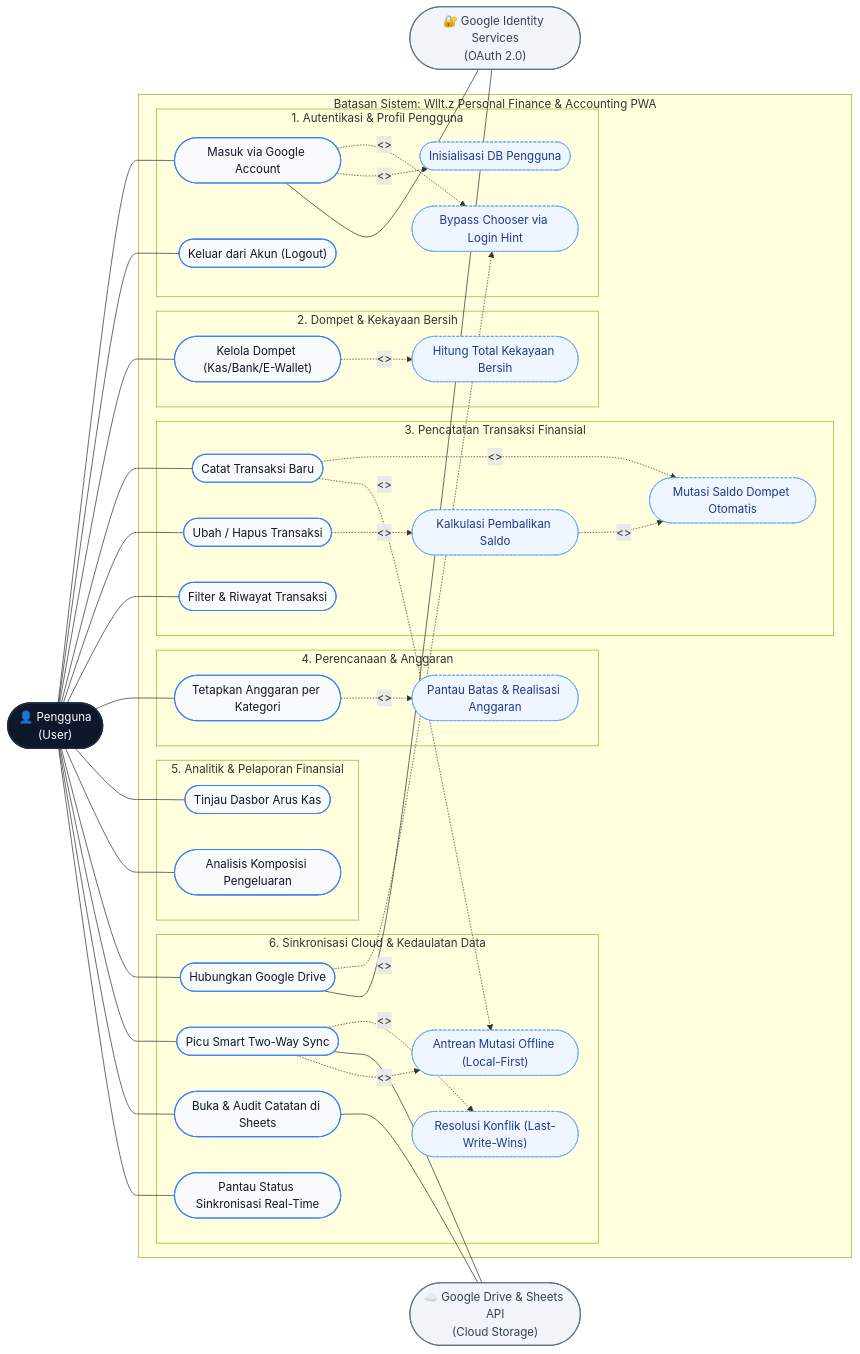
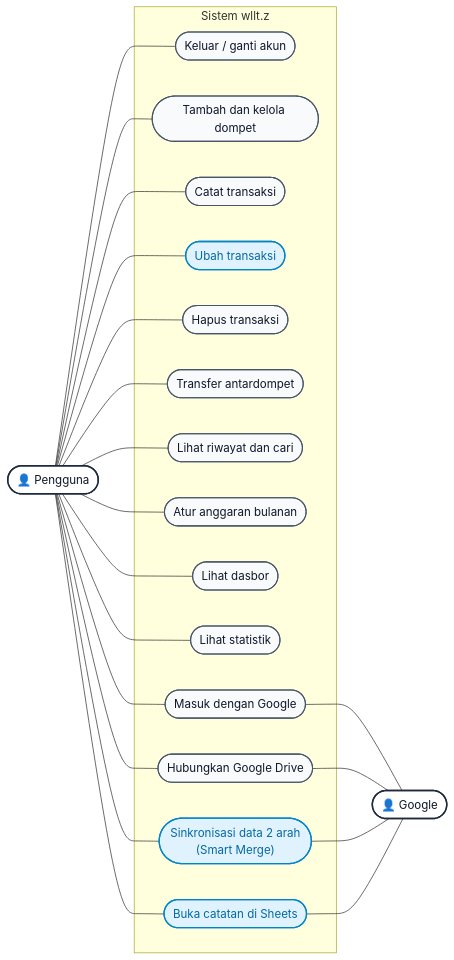
The first of 2 diagrams in docs/technical/use_case_diagram_wlltz.md (Badranihakim/Wllt.z), drawn with Mermaid before and after one commit. The commit also changed other lines of this file and 2 other files, not shown here.

Commit message:
[REVISI] Menyederhanakan Use Case Diagram wllt.z tanpa include agar rapi dan fokus ke fitur pengguna

````diff
--- a/docs/technical/use_case_diagram_wlltz.md
+++ b/docs/technical/use_case_diagram_wlltz.md
@@ -40,101 +42,52 @@
 ```mermaid
 flowchart LR
     %% Definisi Gaya Node
-    classDef actorStyle fill:#0F172A,stroke:#1E293B,color:#FFFFFF,stroke-width:2px;
-    classDef ucStyle fill:#F8FAFC,stroke:#3B82F6,color:#0F172A,stroke-width:1.5px;
-    classDef subUcStyle fill:#EFF6FF,stroke:#60A5FA,color:#1E3A8A,stroke-width:1px,stroke-dasharray: 4 2;
-    classDef extStyle fill:#F1F5F9,stroke:#64748B,color:#334155,stroke-width:1.5px;
+    classDef actorStyle fill:#FFFFFF,stroke:#1E293B,stroke-width:2px,color:#0F172A;
+    classDef ucStyle fill:#F8FAFC,stroke:#475569,stroke-width:1.5px,color:#0F172A;
+    classDef newUcStyle fill:#E0F2FE,stroke:#0284C7,stroke-width:1.8px,color:#0369A1;
 
     %% Aktor Utama & Eksternal
-    User(["👤 Pengguna<br/>(User)"]):::actorStyle
-    GIS(["🔐 Google Identity Services<br/>(OAuth 2.0)"]):::extStyle
-    GDrive(["☁️ Google Drive & Sheets API<br/>(Cloud Storage)"]):::extStyle
+    User(["👤 Pengguna"]):::actorStyle
+    Google(["👤 Google"]):::actorStyle
 
     %% Batasan Sistem Wllt.z
-    subgraph SystemBoundary [" Batasan Sistem: Wllt.z Personal Finance & Accounting PWA "]
-        
-        %% Paket 1: Autentikasi & Akun
-        subgraph P1 [" 1. Autentikasi & Profil Pengguna "]
-            UC_Auth(["Masuk via Google Account"]):::ucStyle
-            UC_AutoHint(["Bypass Chooser via Login Hint"]):::subUcStyle
-            UC_BootstrapDB(["Inisialisasi DB Pengguna"]):::subUcStyle
-            UC_Logout(["Keluar dari Akun (Logout)"]):::ucStyle
-        end
+    subgraph SystemBoundary [" Sistem wllt.z "]
+        UC_Logout(["Keluar / ganti akun"]):::ucStyle
+        UC_Wallet(["Tambah dan kelola dompet"]):::ucStyle
+        UC_CreateTx(["Catat transaksi"]):::ucStyle
+        UC_EditTx(["Ubah transaksi"]):::newUcStyle
+        UC_DeleteTx(["Hapus transaksi"]):::ucStyle
+        UC_Transfer(["Transfer antardompet"]):::ucStyle
+        UC_History(["Lihat riwayat dan cari"]):::ucStyle
+        UC_Budget(["Atur anggaran bulanan"]):::ucStyle
+        UC_Dashboard(["Lihat dasbor"]):::ucStyle
+        UC_Stats(["Lihat statistik"]):::ucStyle
 
-        %% Paket 2: Pengelolaan Dompet & Saldo
-        subgraph P2 [" 2. Dompet & Kekayaan Bersih "]
-            UC_ManageWallets(["Kelola Dompet (Kas/Bank/E-Wallet)"]):::ucStyle
-            UC_CalcNetWorth(["Hitung Total Kekayaan Bersih"]):::subUcStyle
-        end
-
-        %% Paket 3: Pencatatan & Transaksi
-        subgraph P3 [" 3. Pencatatan Transaksi Finansial "]
-            UC_CreateTx(["Catat Transaksi Baru"]):::ucStyle
-            UC_EditDeleteTx(["Ubah / Hapus Transaksi"]):::ucStyle
-            UC_BalanceReversal(["Kalkulasi Pembalikan Saldo"]):::subUcStyle
-            UC_UpdateBalance(["Mutasi Saldo Dompet Otomatis"]):::subUcStyle
-            UC_FilterTx(["Filter & Riwayat Transaksi"]):::ucStyle
-        end
-
-        %% Paket 4: Anggaran Belanja
-        subgraph P4 [" 4. Perencanaan & Anggaran "]
-            UC_SetBudget(["Tetapkan Anggaran per Kategori"]):::ucStyle
-            UC_MonitorBudget(["Pantau Batas & Realisasi Anggaran"]):::subUcStyle
-        end
-
-        %% Paket 5: Analitik & Laporan
-        subgraph P5 [" 5. Analitik & Pelaporan Finansial "]
-            UC_ViewCashflow(["Tinjau Dasbor Arus Kas"]):::ucStyle
-            UC_ExpenseAnalytics(["Analisis Komposisi Pengeluaran"]):::ucStyle
-        end
-
-        %% Paket 6: Sinkronisasi Cloud & Audit
-        subgraph P6 [" 6. Sinkronisasi Cloud & Kedaulatan Data "]
-            UC_ConnectDrive(["Hubungkan Google Drive"]):::ucStyle
-            UC_SmartSync(["Picu Smart Two-Way Sync"]):::ucStyle
-            UC_ConflictResolve(["Resolusi Konflik (Last-Write-Wins)"]):::subUcStyle
-            UC_AuditSheet(["Buka & Audit Catatan di Sheets"]):::ucStyle
-            UC_MonitorSyncBadge(["Pantau Status Sinkronisasi Real-Time"]):::ucStyle
-            UC_OfflineQueue(["Antrean Mutasi Offline (Local-First)"]):::subUcStyle
-        end
-
+        UC_LoginGoogle(["Masuk dengan Google"]):::ucStyle
+        UC_ConnectDrive(["Hubungkan Google Drive"]):::ucStyle
+        UC_TwoWaySync(["Sinkronisasi data 2 arah<br/>(Smart Merge)"]):::newUcStyle
+        UC_OpenSheets(["Buka catatan di Sheets"]):::newUcStyle
     end
 
-    %% Relasi Aktor Pengguna ke Use Case Primer
-    User --- UC_Auth
+    %% Relasi Pengguna ke Seluruh Use Case
     User --- UC_Logout
-    User --- UC_ManageWallets
+    User --- UC_Wallet
     User --- UC_CreateTx
-    User --- UC_EditDeleteTx
-    User --- UC_FilterTx
-    User --- UC_SetBudget
-    User --- UC_ViewCashflow
-    User --- UC_ExpenseAnalytics
+    User --- UC_EditTx
+    User --- UC_DeleteTx
+    User --- UC_Transfer
+    User --- UC_History
+    User --- UC_Budget
+    User --- UC_Dashboard
+    User --- UC_Stats
+    User --- UC_LoginGoogle
     User --- UC_ConnectDrive
-    User --- UC_SmartSync
-    User --- UC_AuditSheet
-    User --- UC_MonitorSyncBadge
+    User --- UC_TwoWaySync
+    User --- UC_OpenSheets
 
-    %% Relasi Include & Extend (Paket 1: Auth)
-    UC_Auth -.->|"<<include>>"| UC_AutoHint
-    UC_Auth -.->|"<<include>>"| UC_BootstrapDB
-    UC_Auth --- GIS
-
-    %% Relasi Include & Extend (Paket 2 & 3: Transaksi & Dompet)
-    UC_ManageWallets -.->|"<<include>>"| UC_CalcNetWorth
-    UC_CreateTx -.->|"<<include>>"| UC_UpdateBalance
-    UC_EditDeleteTx -.->|"<<include>>"| UC_BalanceReversal
-    UC_BalanceReversal -.->|"<<include>>"| UC_UpdateBalance
-    UC_CreateTx -.->|"<<extend>>"| UC_OfflineQueue
-
-    %% Relasi Include & Extend (Paket 4: Anggaran)
-    UC_SetBudget -.->|"<<include>>"| UC_MonitorBudget
-
-    %% Relasi Include & Extend (Paket 6: Cloud Sync)
-    UC_ConnectDrive -.->|"<<include>>"| UC_AutoHint
-    UC_ConnectDrive --- GIS
-    UC_SmartSync -.->|"<<include>>"| UC_ConflictResolve
-    UC_SmartSync --- GDrive
-    UC_AuditSheet --- GDrive
-    UC_SmartSync -.->|"<<extend>>"| UC_OfflineQueue
+    %% Relasi Google ke Fitur Eksternal
+    UC_LoginGoogle --- Google
+    UC_ConnectDrive --- Google
+    UC_TwoWaySync --- Google
+    UC_OpenSheets --- Google
 ```
````
